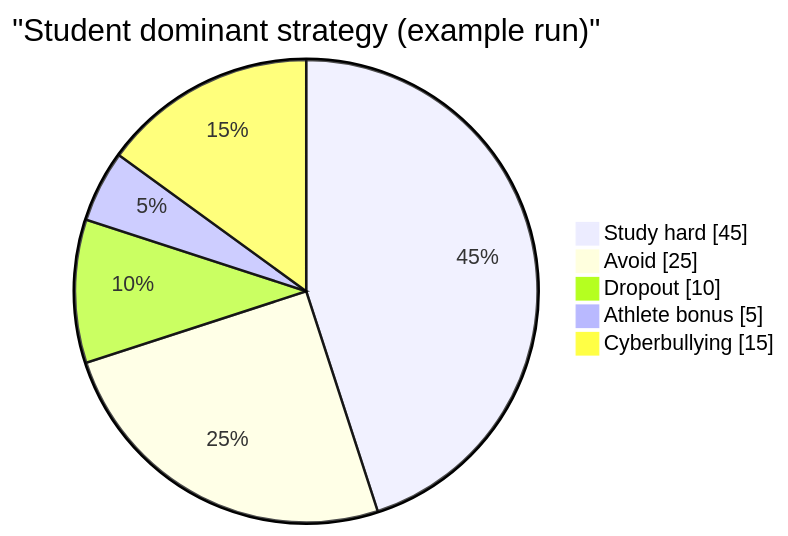
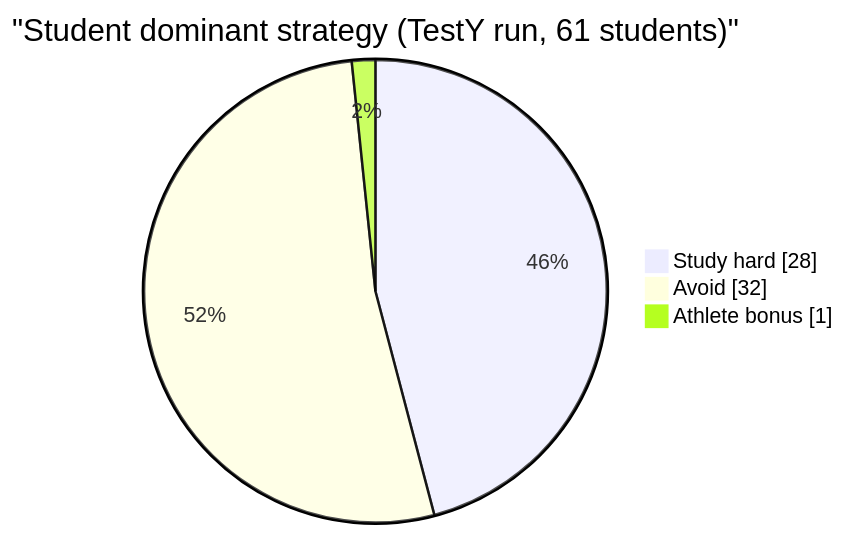
Before and after one commit to zeusro/system: the sixth of 6 diagrams in function/local/n/china/shantou/readme.md, drawn with Mermaid. The commit also changed other lines of this file and 1 other file, not shown here.

````diff
--- a/function/local/n/china/shantou/readme.md
+++ b/function/local/n/china/shantou/readme.md
@@ -266,9 +270,7 @@
 ```mermaid
 pie showData
-    title "Student dominant strategy (example run)"
-    "Study hard" : 45
-    "Avoid" : 25
-    "Dropout" : 10
-    "Athlete bonus" : 5
-    "Cyberbullying" : 15
+    title "Student dominant strategy (TestY run, 61 students)"
+    "Study hard" : 28
+    "Avoid" : 32
+    "Athlete bonus" : 1
 ```
````
